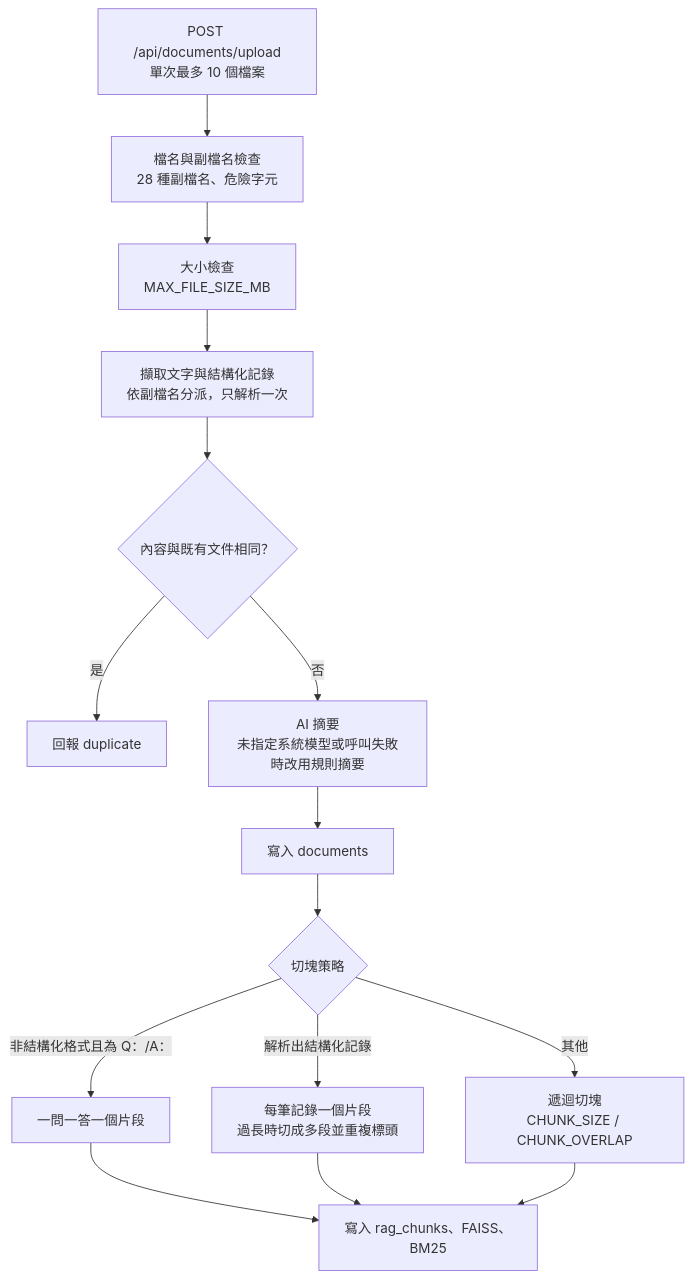
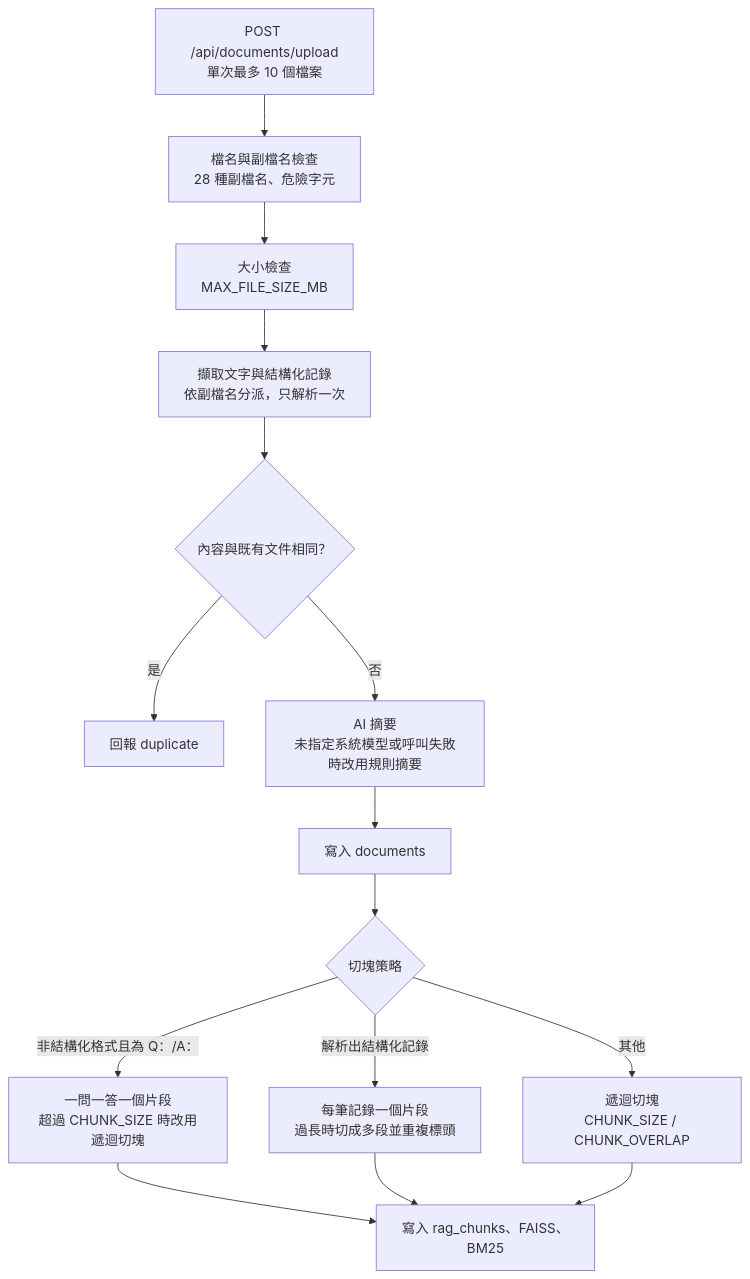
One commit to Scorpio-meow/AskMiao changed the fourth of 9 diagrams in docs/architecture.md. Above: the diagram before and after it, drawn with Mermaid. The commit also changed other lines of this file and 336 other files, not shown here.

````diff
--- a/docs/architecture.md
+++ b/docs/architecture.md
@@ -242,15 +284,15 @@
 ```mermaid
 flowchart TB
     Up["POST /api/documents/upload<br/>單次最多 10 個檔案"] --> Name["檔名與副檔名檢查<br/>28 種副檔名、危險字元"]
     Name --> Size["大小檢查<br/>MAX_FILE_SIZE_MB"]
     Size --> Ext["擷取文字與結構化記錄<br/>依副檔名分派，只解析一次"]
     Ext --> Dup{"內容與既有文件相同？"}
     Dup -->|是| Skip["回報 duplicate"]
     Dup -->|否| Sum["AI 摘要<br/>未指定系統模型或呼叫失敗時改用規則摘要"]
     Sum --> Save["寫入 documents"]
     Save --> Split{"切塊策略"}
     Split -->|解析出結構化記錄| Rec["每筆記錄一個片段<br/>過長時切成多段並重複標頭"]
-    Split -->|非結構化格式且為 Q：/A：| QA["一問一答一個片段"]
+    Split -->|非結構化格式且為 Q：/A：| QA["一問一答一個片段<br/>超過 CHUNK_SIZE 時改用遞迴切塊"]
     Split -->|其他| Rcs["遞迴切塊<br/>CHUNK_SIZE / CHUNK_OVERLAP"]
     QA & Rec & Rcs --> Index["寫入 rag_chunks、FAISS、BM25"]
 ```
````
